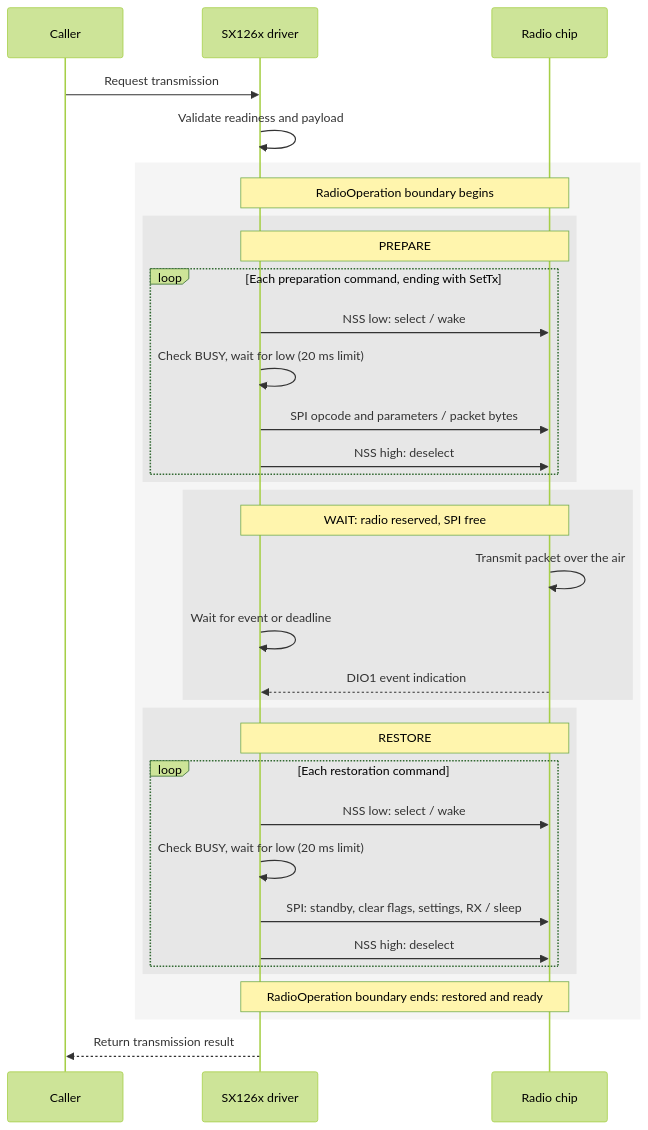
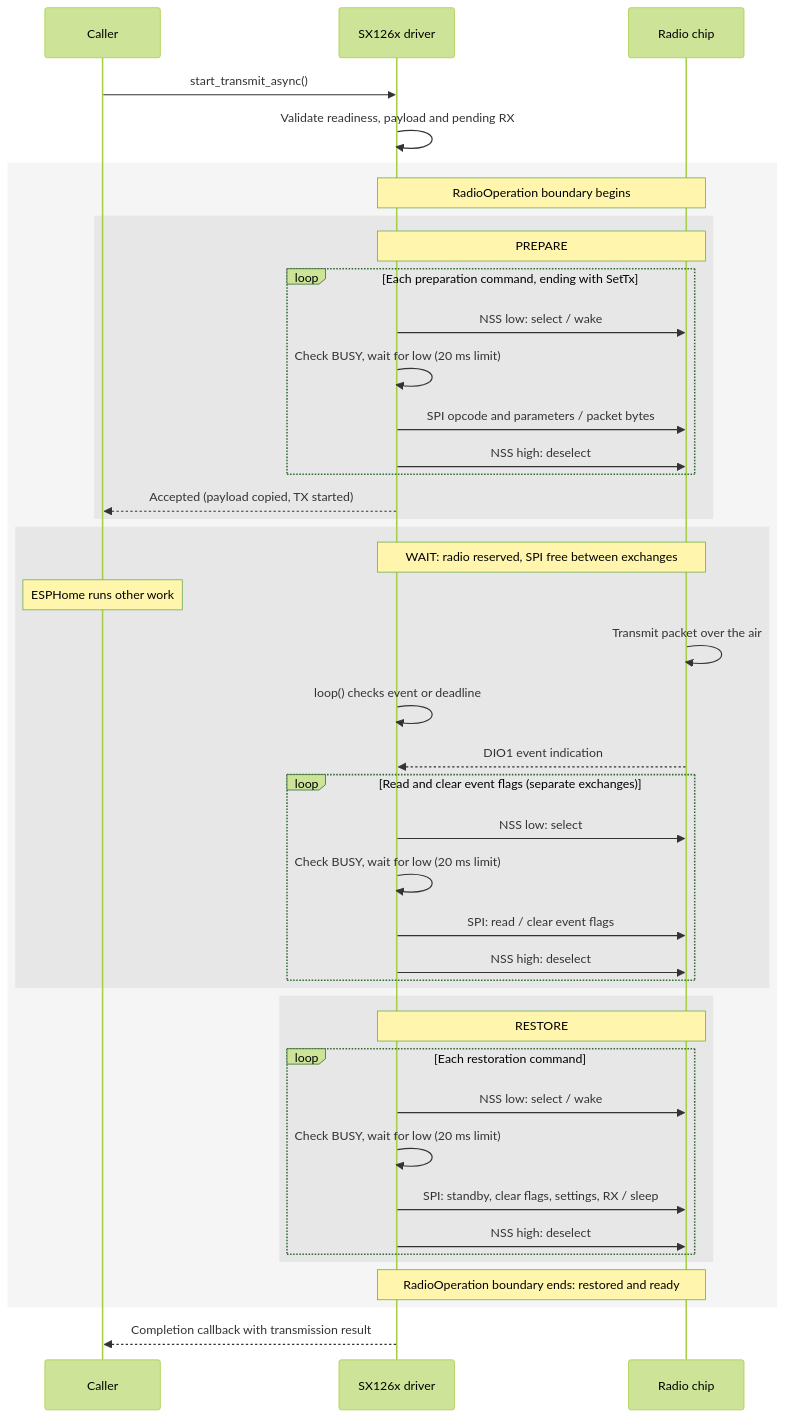
One commit to esphome/esphome changed the diagram in esphome/components/sx126x/implementation.md. Above: the diagram before and after it, drawn with Mermaid (forest theme). The commit also changed other lines of this file and 10 other files, not shown here.

````diff
--- a/esphome/components/sx126x/implementation.md
+++ b/esphome/components/sx126x/implementation.md
@@ -61,38 +63,46 @@
 ```mermaid
 sequenceDiagram
     participant C as Caller
     participant D as SX126x driver
     participant R as Radio chip
 
-    C->>D: Request transmission
-    D->>D: Validate readiness and payload
+    C->>D: start_transmit_async()
+    D->>D: Validate readiness, payload and pending RX
     rect rgba(128, 128, 128, 0.08)
         Note over D,R: RadioOperation boundary begins
         rect rgba(128, 128, 128, 0.12)
             Note over D,R: PREPARE
             loop Each preparation command, ending with SetTx
                 D->>R: NSS low: select / wake
                 D->>D: Check BUSY, wait for low (20 ms limit)
                 D->>R: SPI opcode and parameters / packet bytes
                 D->>R: NSS high: deselect
             end
+            D-->>C: Accepted (payload copied, TX started)
         end
         rect rgba(128, 128, 128, 0.12)
-            Note over D,R: WAIT: radio reserved, SPI free
+            Note over D,R: WAIT: radio reserved, SPI free between exchanges
+            Note over C: ESPHome runs other work
             R->>R: Transmit packet over the air
-            D->>D: Wait for event or deadline
+            D->>D: loop() checks event or deadline
             R-->>D: DIO1 event indication
+            loop Read and clear event flags (separate exchanges)
+                D->>R: NSS low: select
+                D->>D: Check BUSY, wait for low (20 ms limit)
+                D->>R: SPI: read / clear event flags
+                D->>R: NSS high: deselect
+            end
         end
         rect rgba(128, 128, 128, 0.12)
             Note over D,R: RESTORE
             loop Each restoration command
                 D->>R: NSS low: select / wake
                 D->>D: Check BUSY, wait for low (20 ms limit)
                 D->>R: SPI: standby, clear flags, settings, RX / sleep
                 D->>R: NSS high: deselect
             end
         end
         Note over D,R: RadioOperation boundary ends: restored and ready
     end
-    D-->>C: Return transmission result
+    D-->>C: Completion callback with transmission result
 ```
````
